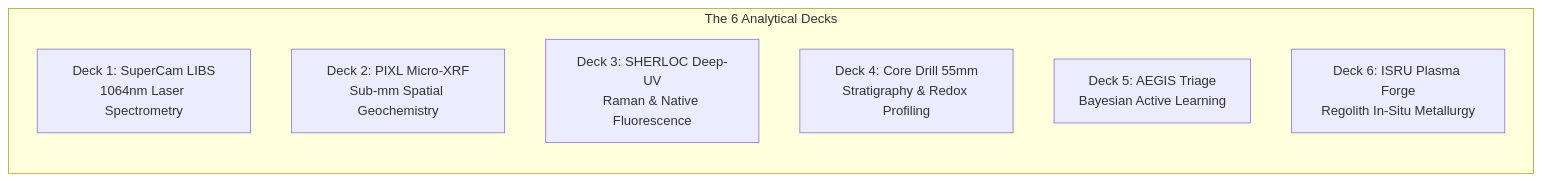
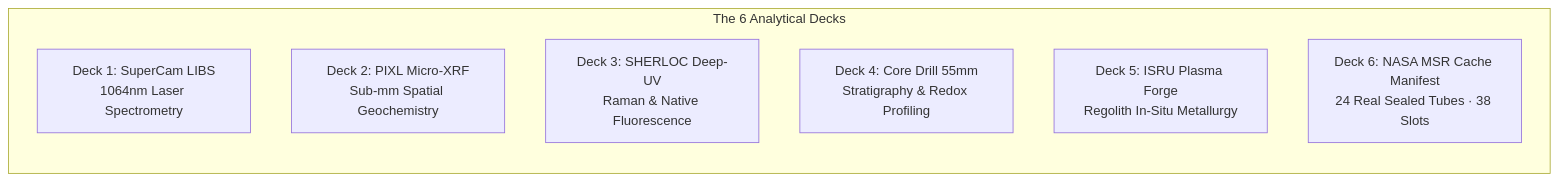
Before and after one commit to Dipbroto/Martis-Ovikorsho: the second of 4 diagrams in README.md, drawn with Mermaid. The commit also changed other lines of this file and 6 other files, not shown here.

Commit message:
feat(science): integrate authentic NASA Mars Sample Return manifest and dossier into Science Lab DECK 6

````diff
--- a/README.md
+++ b/README.md
@@ -117,11 +119,11 @@
 ```mermaid
 flowchart LR
     subgraph Decks["The 6 Analytical Decks"]
         D1["Deck 1: SuperCam LIBS<br/>1064nm Laser Spectrometry"]
         D2["Deck 2: PIXL Micro-XRF<br/>Sub-mm Spatial Geochemistry"]
         D3["Deck 3: SHERLOC Deep-UV<br/>Raman & Native Fluorescence"]
         D4["Deck 4: Core Drill 55mm<br/>Stratigraphy & Redox Profiling"]
-        D5["Deck 5: AEGIS Triage<br/>Bayesian Active Learning"]
-        D6["Deck 6: ISRU Plasma Forge<br/>Regolith In-Situ Metallurgy"]
+        D5["Deck 5: ISRU Plasma Forge<br/>Regolith In-Situ Metallurgy"]
+        D6["Deck 6: NASA MSR Cache Manifest<br/>24 Real Sealed Tubes · 38 Slots"]
     end
 ```
````
